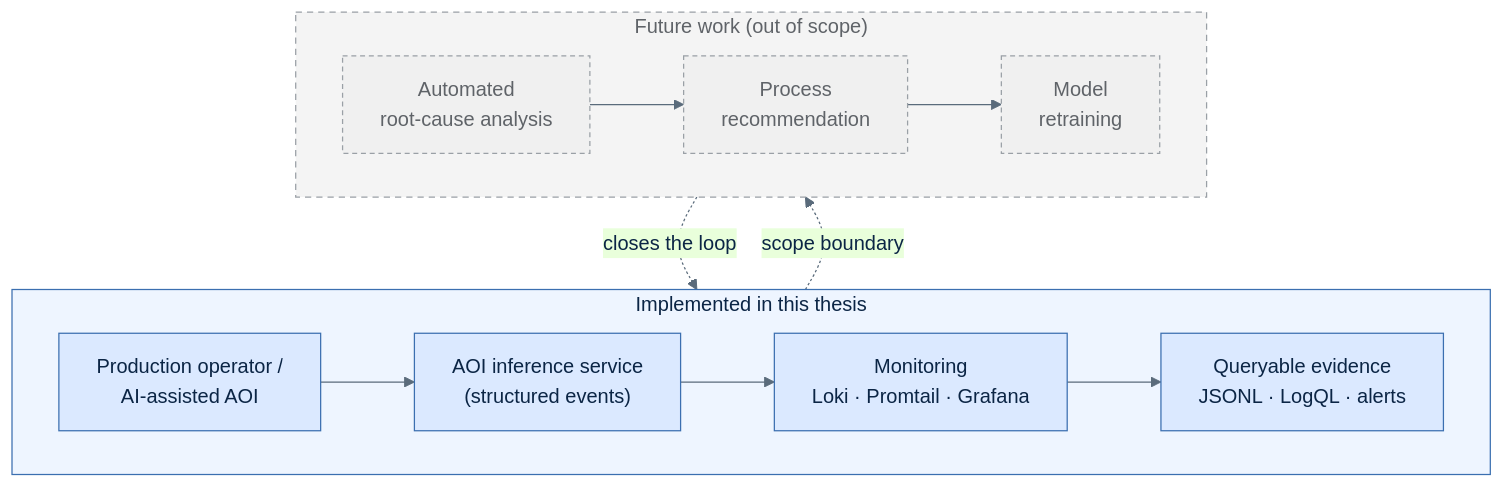
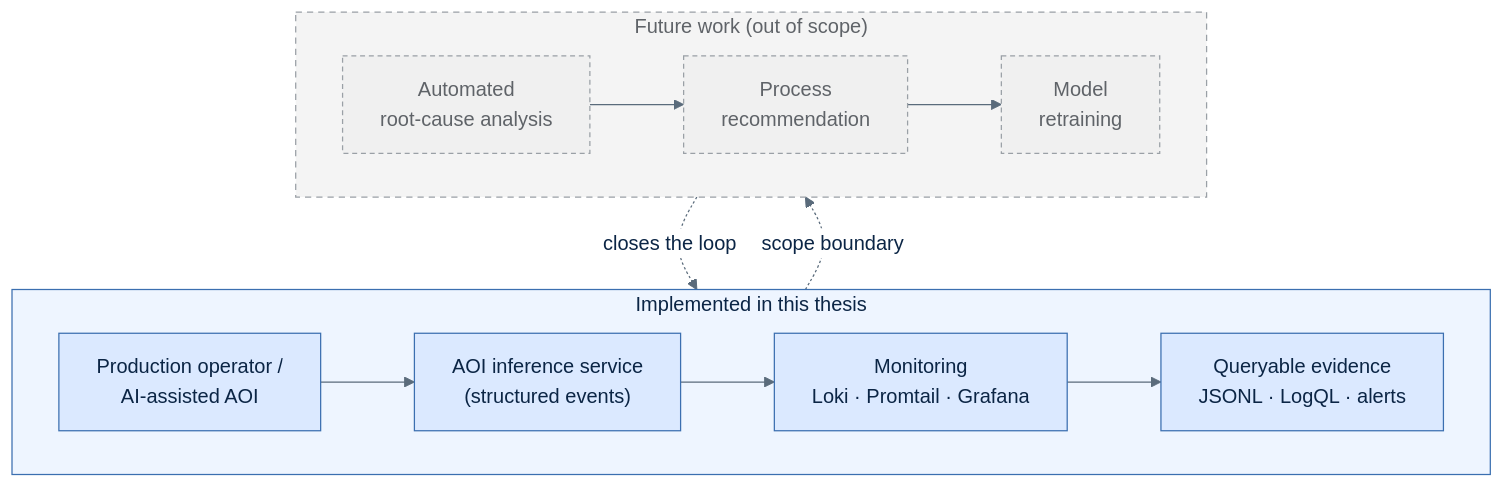
The diagram in thesis-assets/diagrams/scope_loop.mmd (lystiger/AOI), drawn with Mermaid before and after one commit. The commit also changed 4 other files, not shown here.

Commit message:
Improve diagram edge label contrast

```diff
--- a/thesis-assets/diagrams/scope_loop.mmd
+++ b/thesis-assets/diagrams/scope_loop.mmd
@@ -1,28 +1,28 @@
 %% Scope of the AOI monitoring loop — replaces ASCII fig:scope_loop (thesis section 1.3)
 %% Top row = implemented in this thesis; bottom row = future work (out of scope).
 %% Render: see diagrams/README.md (paste into mermaid.live, export SVG/PDF).
-%%{init: {"theme":"base","themeVariables":{"fontFamily":"Helvetica, Arial, sans-serif","primaryColor":"#DBE9FF","primaryBorderColor":"#3B6FB0","primaryTextColor":"#0B2545","lineColor":"#5A6B7B","textColor":"#15202B","clusterBorder":"#9AA0A6"}}}%%
+%%{init: {"theme":"base","themeVariables":{"fontFamily":"Helvetica, Arial, sans-serif","primaryColor":"#DBE9FF","primaryBorderColor":"#3B6FB0","primaryTextColor":"#0B2545","lineColor":"#5A6B7B","textColor":"#15202B","clusterBorder":"#9AA0A6","edgeLabelBackground":"#FFFFFF"}}}%%
 flowchart TB
   subgraph IMPL["Implemented in this thesis"]
     direction LR
     OP["Production operator /<br/>AI-assisted AOI"] --> SVC["AOI inference service<br/>(structured events)"]
     SVC --> MON["Monitoring<br/>Loki · Promtail · Grafana"]
     MON --> EV["Queryable evidence<br/>JSONL · LogQL · alerts"]
   end
 
   subgraph FUT["Future work (out of scope)"]
     direction LR
     RCA["Automated<br/>root-cause analysis"] --> REC["Process<br/>recommendation"]
     REC --> RT["Model<br/>retraining"]
   end
 
   EV -. "scope boundary" .-> RCA
   RT -. "closes the loop" .-> SVC
 
   classDef impl   fill:#DBE9FF,stroke:#3B6FB0,color:#0B2545;
   classDef future fill:#F0F0F0,stroke:#9AA0A6,color:#5F6368,stroke-dasharray:4 3;
   class OP,SVC,MON,EV impl;
   class RCA,REC,RT future;
 
   style IMPL fill:#EEF5FF,stroke:#3B6FB0,color:#0B2545;
   style FUT  fill:#F4F4F4,stroke:#9AA0A6,color:#5F6368,stroke-dasharray:5 4;
```
